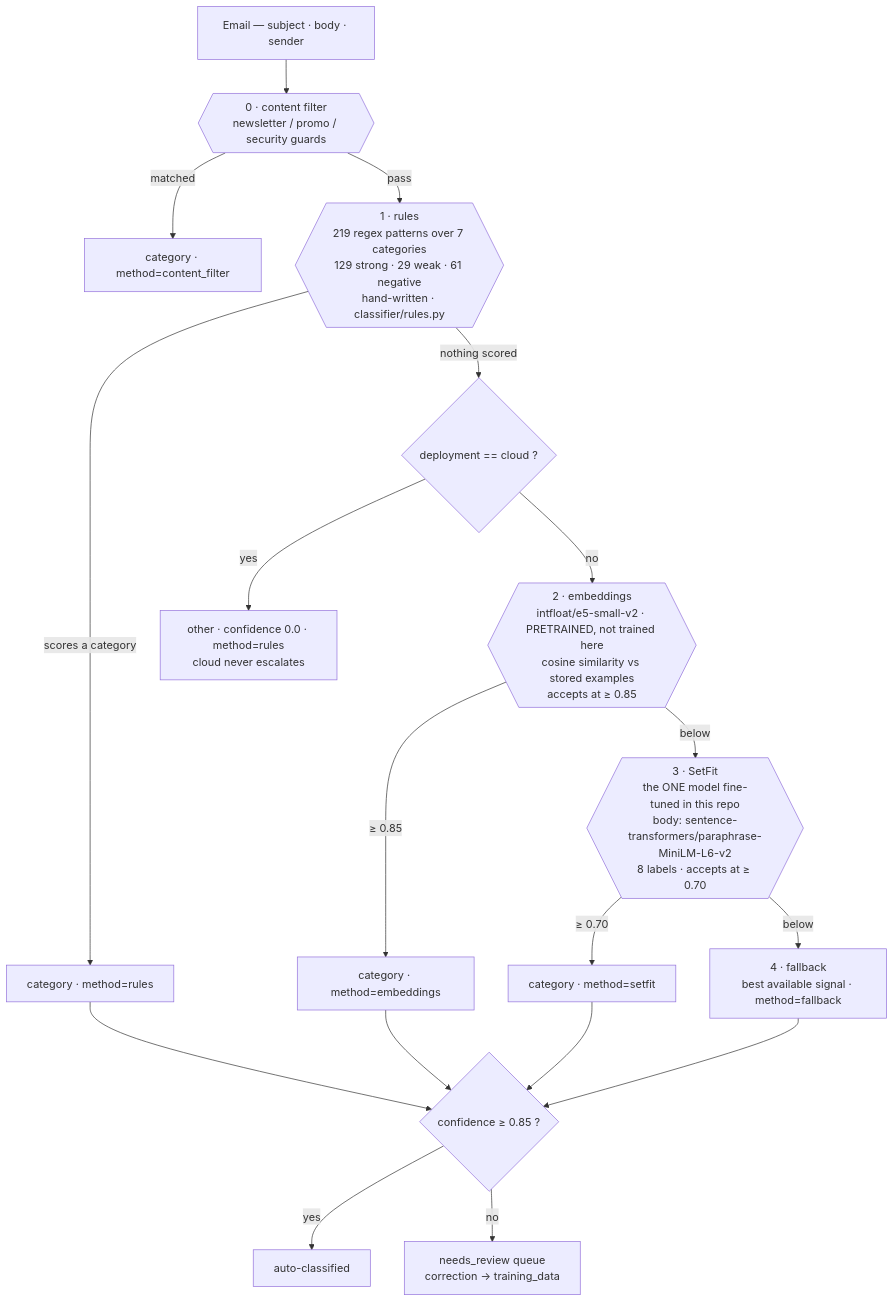
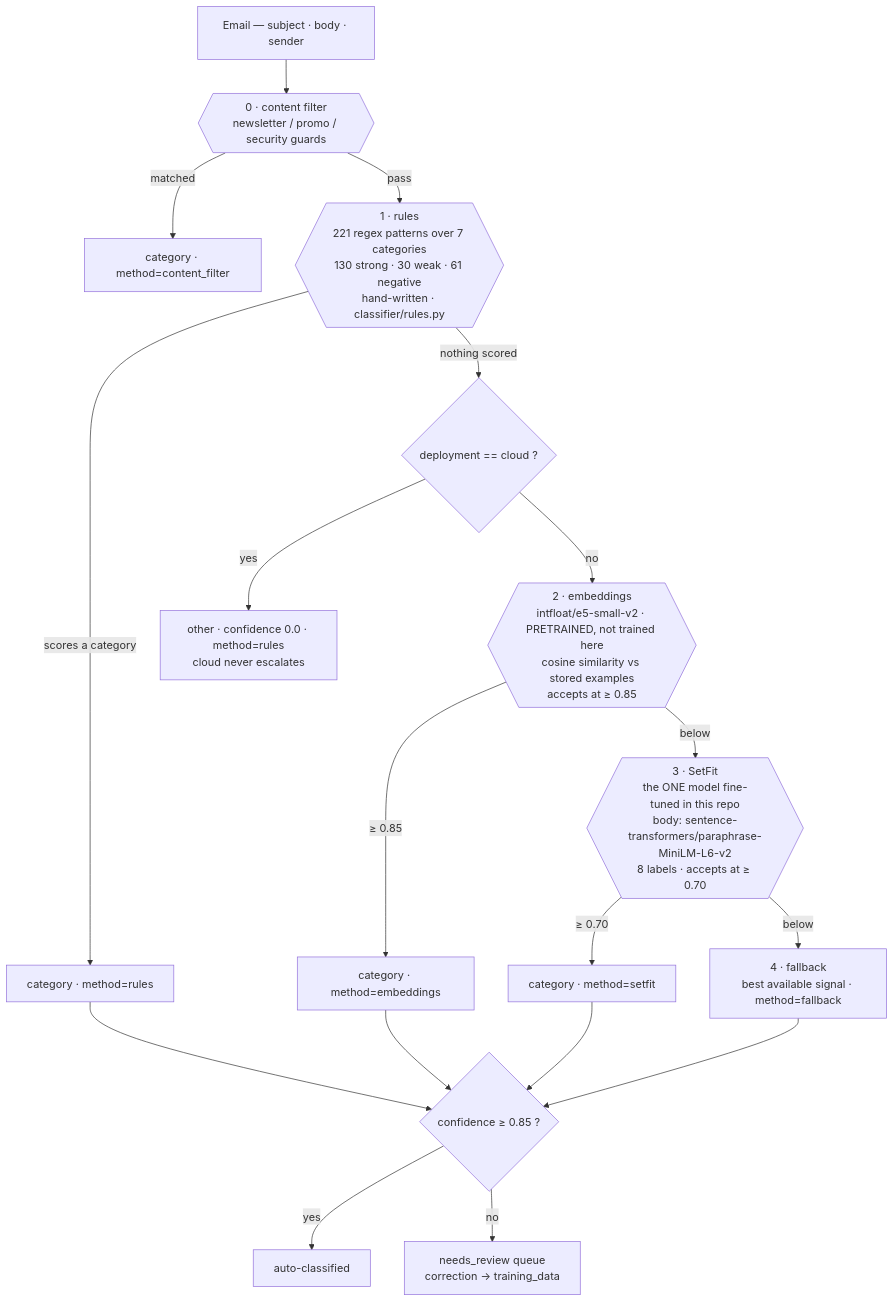
Before and after one commit to BARC1999/applied-ai: the first of 3 diagrams in README.md, drawn with Mermaid. The commit also changed other lines of this file and 10 other files, not shown here.

````diff
--- a/README.md
+++ b/README.md
@@ -60,32 +60,32 @@
 ```mermaid
 flowchart TB
     In["Email — subject · body · sender"] --> CF
 
     CF{{"0 · content filter<br/>newsletter / promo / security guards"}}
     CF -->|"matched"| Out1["category · method=content_filter"]
     CF -->|"pass"| R
 
-    R{{"1 · rules<br/>219 regex patterns over 7 categories<br/>129 strong · 29 weak · 61 negative<br/>hand-written · classifier/rules.py"}}
+    R{{"1 · rules<br/>221 regex patterns over 7 categories<br/>130 strong · 30 weak · 61 negative<br/>hand-written · classifier/rules.py"}}
     R -->|"scores a category"| Out2["category · method=rules"]
     R -->|"nothing scored"| CLOUD
 
     CLOUD{"deployment == cloud ?"}
     CLOUD -->|"yes"| Out3["other · confidence 0.0 · method=rules<br/>cloud never escalates"]
     CLOUD -->|"no"| E
 
     E{{"2 · embeddings<br/>intfloat/e5-small-v2 · PRETRAINED, not trained here<br/>cosine similarity vs stored examples<br/>accepts at ≥ 0.85"}}
     E -->|"≥ 0.85"| Out4["category · method=embeddings"]
     E -->|"below"| S
 
     S{{"3 · SetFit<br/>the ONE model fine-tuned in this repo<br/>body: sentence-transformers/paraphrase-MiniLM-L6-v2<br/>8 labels · accepts at ≥ 0.70"}}
     S -->|"≥ 0.70"| Out5["category · method=setfit"]
     S -->|"below"| F["4 · fallback<br/>best available signal · method=fallback"]
 
     Out2 --> G
     Out4 --> G
     Out5 --> G
     F --> G
     G{"confidence ≥ 0.85 ?"}
     G -->|"yes"| Auto["auto-classified"]
     G -->|"no"| Review["needs_review queue<br/>correction → training_data"]
 ```
````
